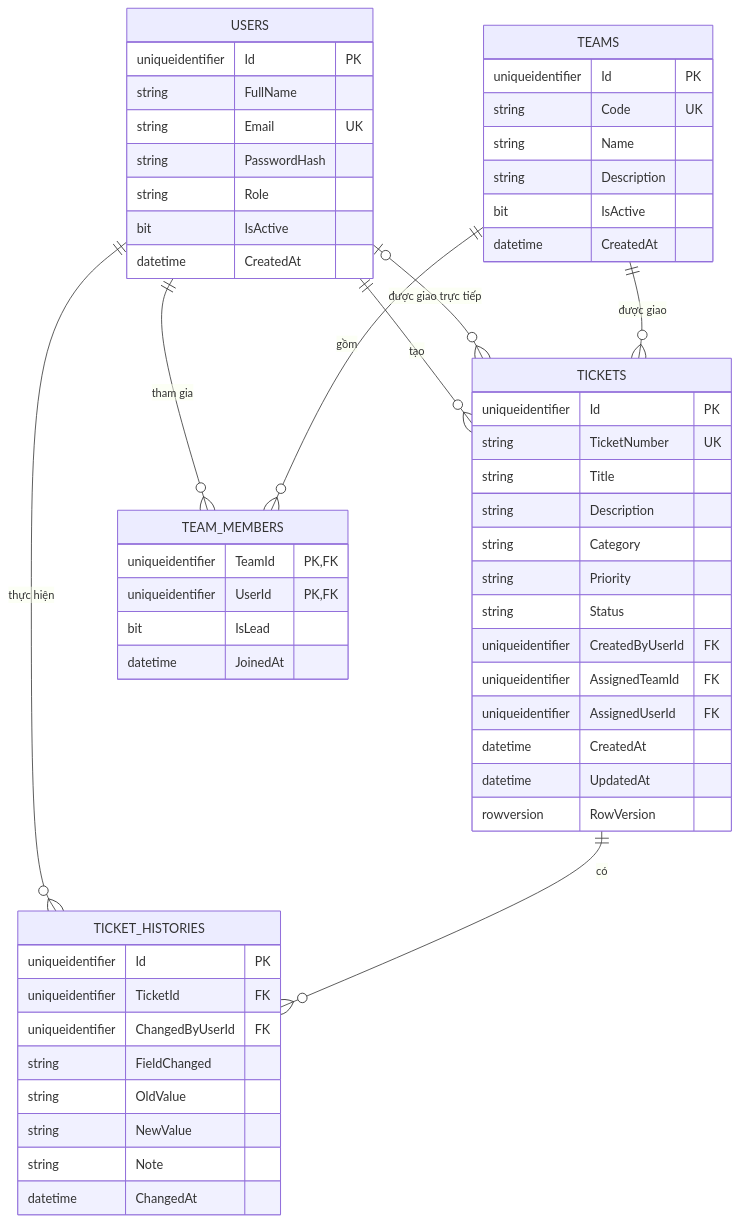
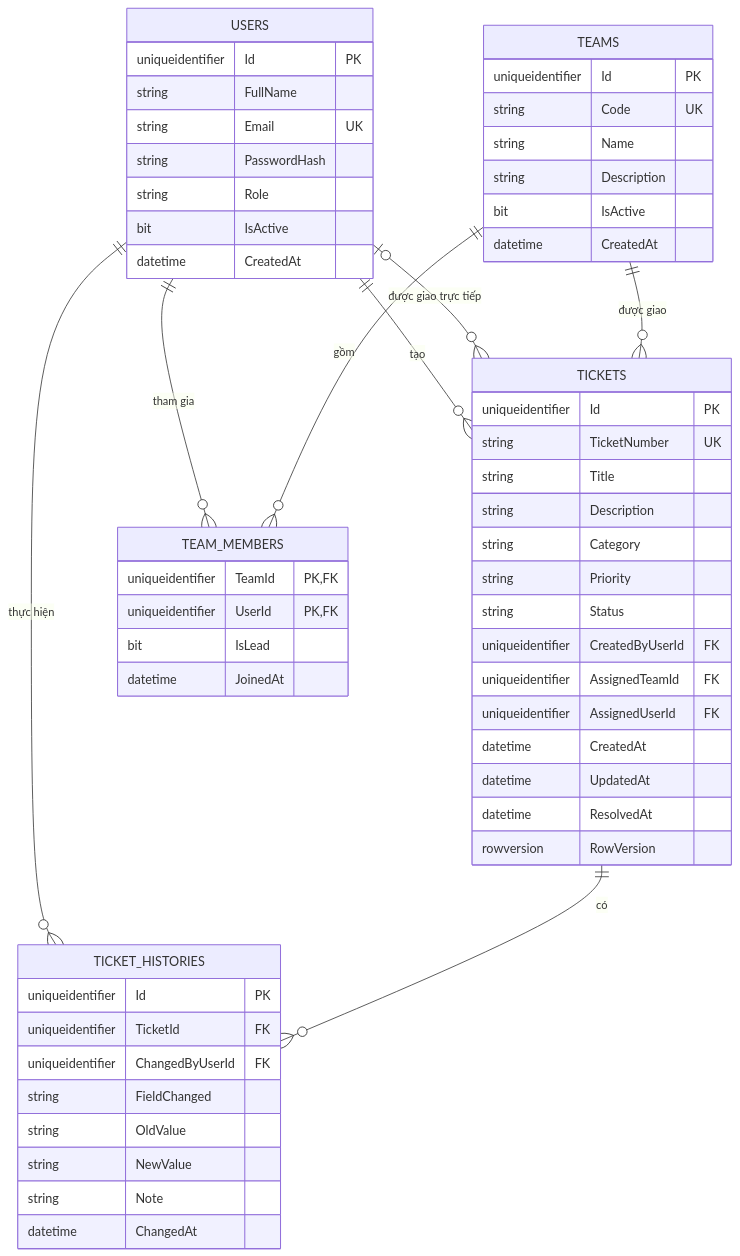
Before and after one commit to dtc245230011/Giang-A-Vang: the third of 6 diagrams in docs/architecture.md, drawn with Mermaid. The commit also changed other lines of this file and 23 other files, not shown here.

````diff
--- a/docs/architecture.md
+++ b/docs/architecture.md
@@ -105,63 +109,64 @@
 ```mermaid
 erDiagram
     USERS ||--o{ TICKETS : "tạo"
     USERS |o--o{ TICKETS : "được giao trực tiếp"
     TEAMS ||--o{ TICKETS : "được giao"
     USERS ||--o{ TEAM_MEMBERS : "tham gia"
     TEAMS ||--o{ TEAM_MEMBERS : "gồm"
     USERS ||--o{ TICKET_HISTORIES : "thực hiện"
     TICKETS ||--o{ TICKET_HISTORIES : "có"
 
     USERS {
         uniqueidentifier Id PK
         string FullName
         string Email UK
         string PasswordHash
         string Role
         bit IsActive
         datetime CreatedAt
     }
 
     TEAMS {
         uniqueidentifier Id PK
         string Code UK
         string Name
         string Description
         bit IsActive
         datetime CreatedAt
     }
 
     TEAM_MEMBERS {
         uniqueidentifier TeamId PK, FK
         uniqueidentifier UserId PK, FK
         bit IsLead
         datetime JoinedAt
     }
 
     TICKETS {
         uniqueidentifier Id PK
         string TicketNumber UK
         string Title
         string Description
         string Category
         string Priority
         string Status
         uniqueidentifier CreatedByUserId FK
         uniqueidentifier AssignedTeamId FK
         uniqueidentifier AssignedUserId FK
         datetime CreatedAt
         datetime UpdatedAt
+        datetime ResolvedAt
         rowversion RowVersion
     }
 
     TICKET_HISTORIES {
         uniqueidentifier Id PK
         uniqueidentifier TicketId FK
         uniqueidentifier ChangedByUserId FK
         string FieldChanged
         string OldValue
         string NewValue
         string Note
         datetime ChangedAt
     }
 ```
````
